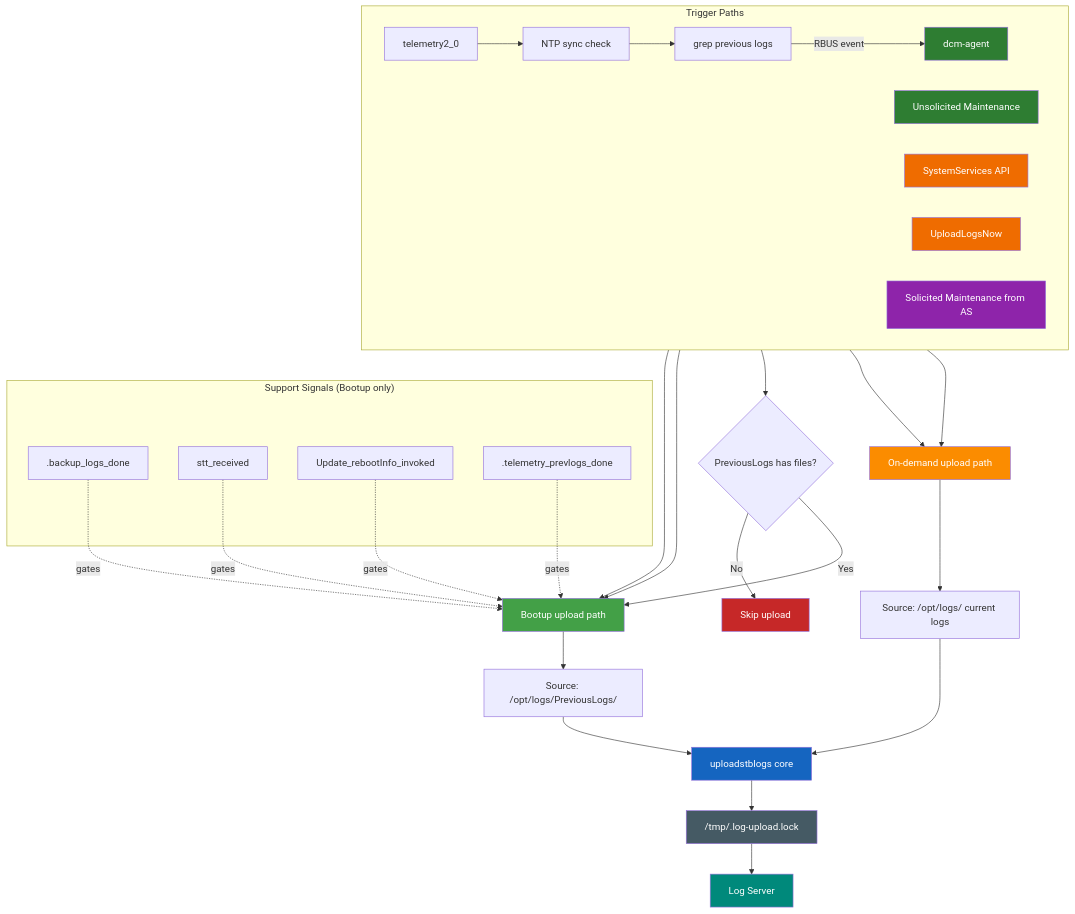
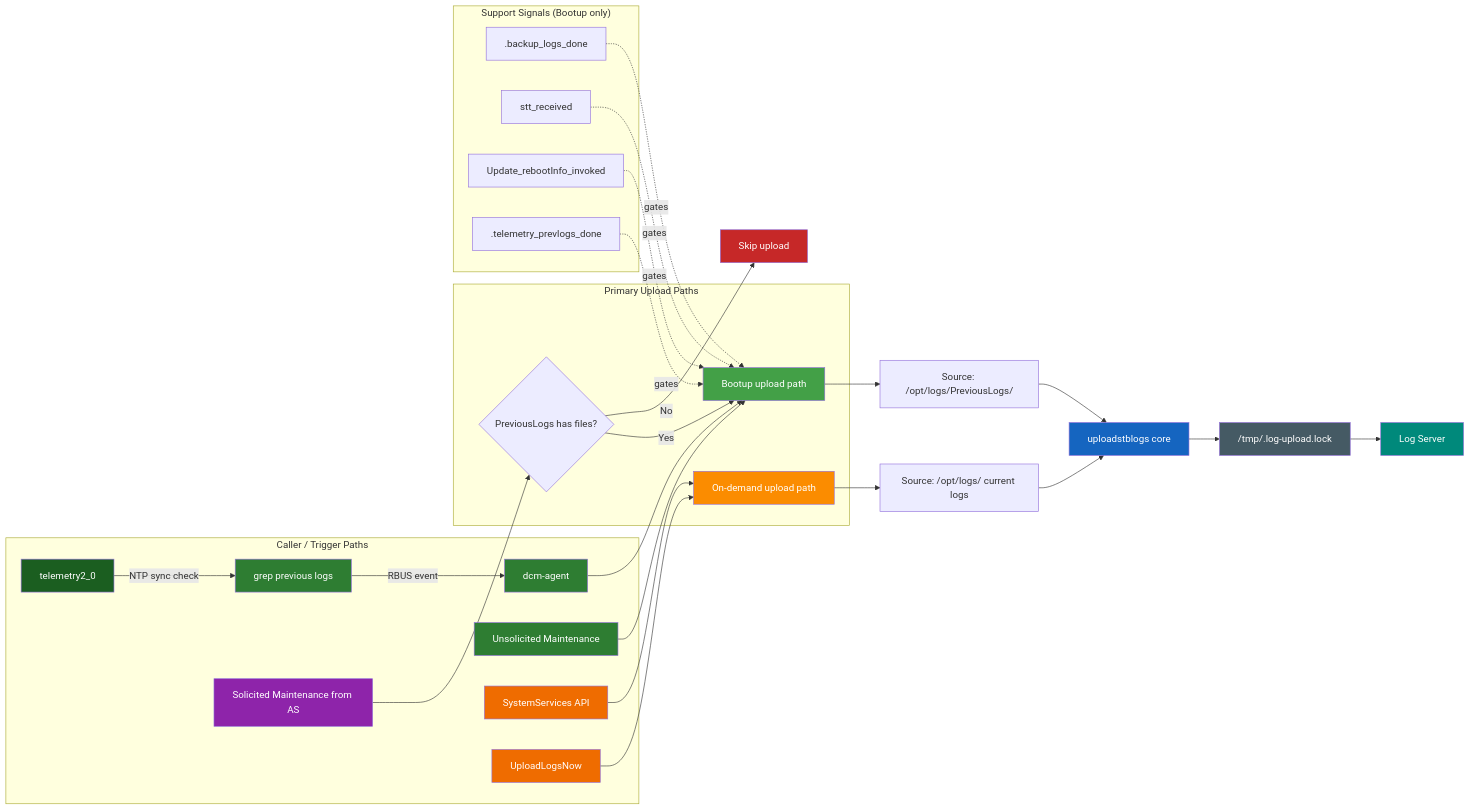
The first of 9 diagrams in openspec/Logupload-Synchronization/specs/slides.md (rdkcentral/dcm-agent), drawn with Mermaid before and after one commit.

````diff
--- a/openspec/Logupload-Synchronization/specs/slides.md
+++ b/openspec/Logupload-Synchronization/specs/slides.md
@@ -69,55 +69,61 @@
 ```mermaid
-graph TD
-  subgraph T["Trigger Paths"]
-    direction LR
-    TEL["telemetry2_0"] --> NTP_CHK["NTP sync check"]
-    NTP_CHK --> GREP["grep previous logs"]
+graph LR
+  subgraph C["Caller / Trigger Paths"]
+    TEL["telemetry2_0"] -->|NTP sync check| GREP["grep previous logs"]
     GREP -->|RBUS event| DCM["dcm-agent"]
     UMM["Unsolicited Maintenance"]
     SS["SystemServices API"]
     ULN["UploadLogsNow"]
     AS["Solicited Maintenance from AS"]
+  end
+
+  subgraph P["Primary Upload Paths"]
+    BUP["Bootup upload path"]
+    ODP["On-demand upload path"]
+    ASG{"PreviousLogs has files?"}
   end
 
   subgraph S["Support Signals (Bootup only)"]
     S1[".backup_logs_done"]
     S2["stt_received"]
     S3["Update_rebootInfo_invoked"]
     S4[".telemetry_prevlogs_done"]
   end
 
-  DCM --> BUP["Bootup upload path"]
+  DCM --> BUP
   UMM --> BUP
-  AS --> ASG{"PreviousLogs has files?"}
+  SS --> ODP
+  ULN --> ODP
+  AS --> ASG
   ASG -->|No| SKIP["Skip upload"]
   ASG -->|Yes| BUP
-
-  SS --> ODP["On-demand upload path"]
-  ULN --> ODP
 
   S1 -.gates.-> BUP
   S2 -.gates.-> BUP
   S3 -.gates.-> BUP
   S4 -.gates.-> BUP
 
   BUP --> PREV["Source: /opt/logs/PreviousLogs/"]
   ODP --> CURR["Source: /opt/logs/ current logs"]
   PREV --> CORE["uploadstblogs core"]
   CURR --> CORE
   CORE --> LOCK["/tmp/.log-upload.lock"]
   LOCK --> SERVER["Log Server"]
 
+  style TEL fill:#1b5e20,color:#fff
+  style GREP fill:#2e7d32,color:#fff
   style DCM fill:#2e7d32,color:#fff
   style UMM fill:#2e7d32,color:#fff
   style SS fill:#ef6c00,color:#fff
   style ULN fill:#ef6c00,color:#fff
   style AS fill:#8e24aa,color:#fff
   style BUP fill:#43a047,color:#fff
   style ODP fill:#fb8c00,color:#fff
   style SKIP fill:#c62828,color:#fff
   style CORE fill:#1565c0,color:#fff
   style LOCK fill:#455a64,color:#fff
   style SERVER fill:#00897b,color:#fff
 
 
+
 ```
````
